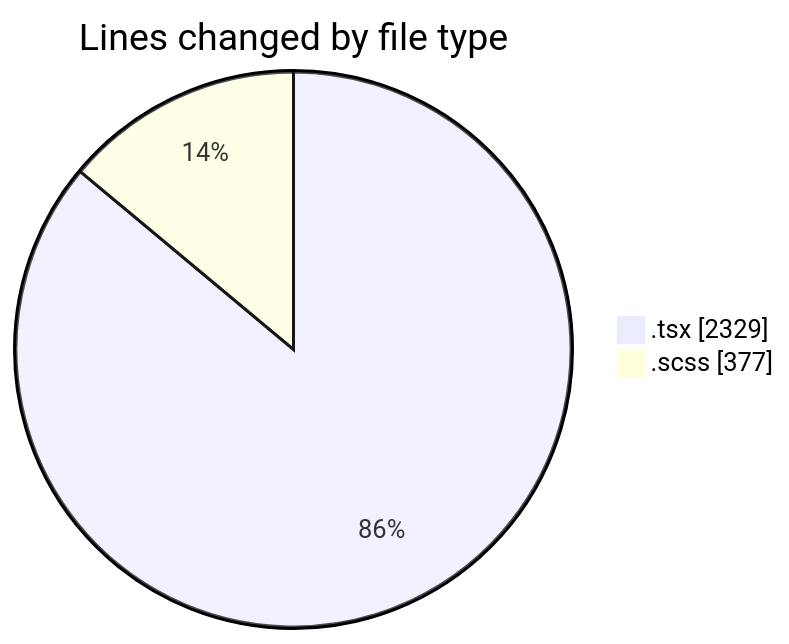
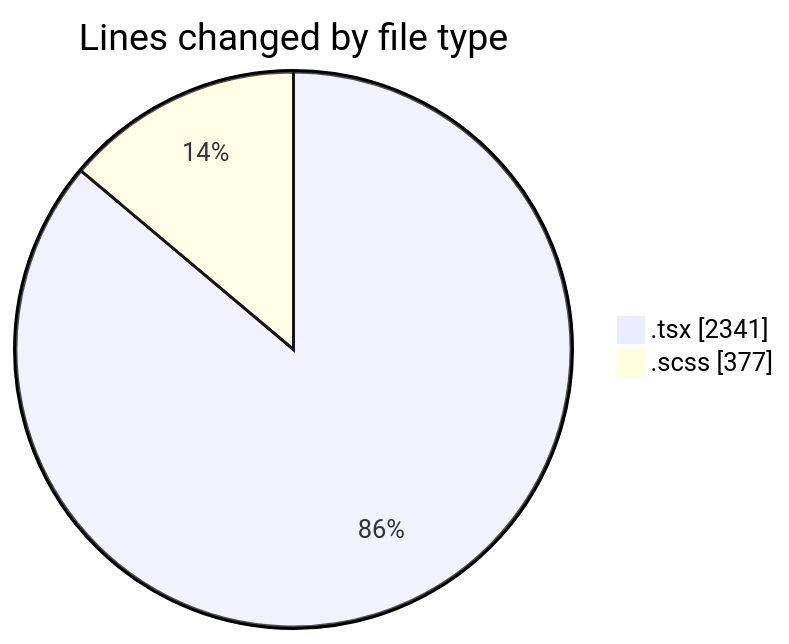
One commit to momahboobian/code-tracking changed the first of 2 diagrams in 2025-09-30/cda/README.md. Above: the diagram before and after it, drawn with Mermaid. The commit also changed other lines of this file and 1 other file, not shown here.

````diff
--- a/2025-09-30/cda/README.md
+++ b/2025-09-30/cda/README.md
@@ -23,6 +23,6 @@
 ```mermaid
 pie showData
 title Lines changed by file type
-".tsx" : 2329
+".tsx" : 2341
 ".scss" : 377
 ```
````
